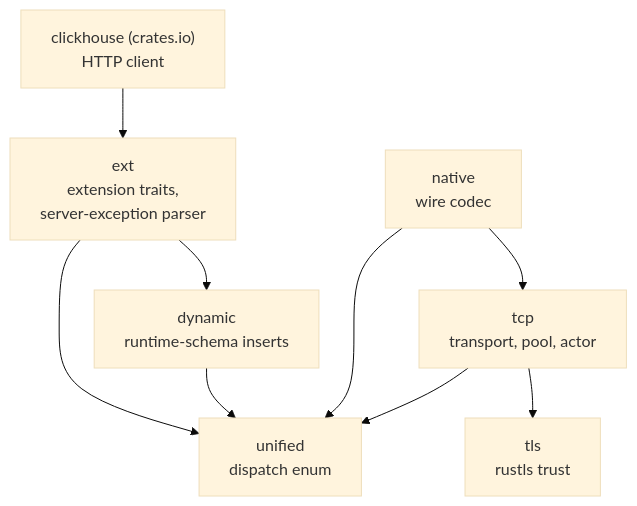
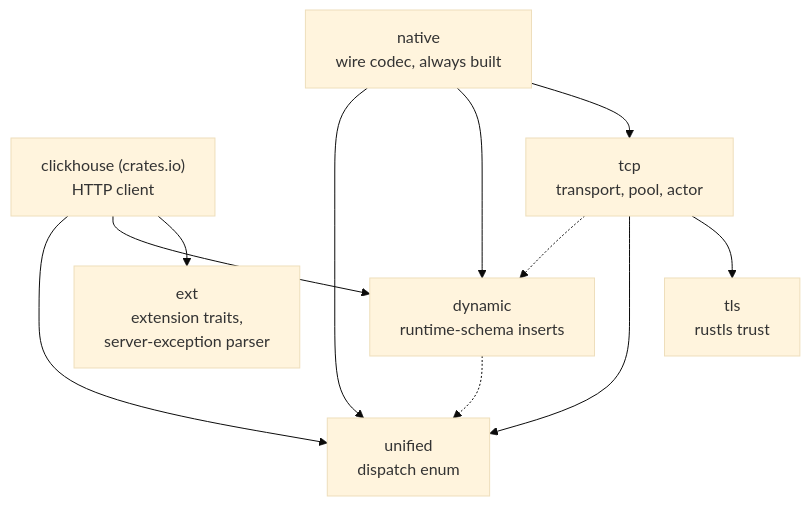
One commit to hyperi-io/dfe-clickhouse-rs changed the diagram in docs/architecture.md. Above: the diagram before and after it, drawn with Mermaid (base theme). The commit also changed other lines of this file and 13 other files, not shown here.

````diff
--- a/docs/architecture.md
+++ b/docs/architecture.md
@@ -43,11 +29,13 @@
 ```mermaid
 flowchart TD
     UP["clickhouse (crates.io)<br/>HTTP client"] --> EXT["ext<br/>extension traits,<br/>server-exception parser"]
-    EXT --> DYN["dynamic<br/>runtime-schema inserts"]
-    TCP["tcp<br/>transport, pool, actor"] --> TLS["tls<br/>rustls trust"]
-    TCP --> UNI["unified<br/>dispatch enum"]
-    EXT --> UNI
-    NAT["native<br/>wire codec"] --> TCP
+    UP --> DYN["dynamic<br/>runtime-schema inserts"]
+    UP --> UNI["unified<br/>dispatch enum"]
+    NAT["native<br/>wire codec, always built"] --> TCP["tcp<br/>transport, pool, actor"]
+    NAT --> DYN
     NAT --> UNI
-    DYN --> UNI
+    TCP --> TLS["tls<br/>rustls trust"]
+    TCP --> UNI
+    TCP -.-> DYN
+    DYN -.-> UNI
 ```
````
